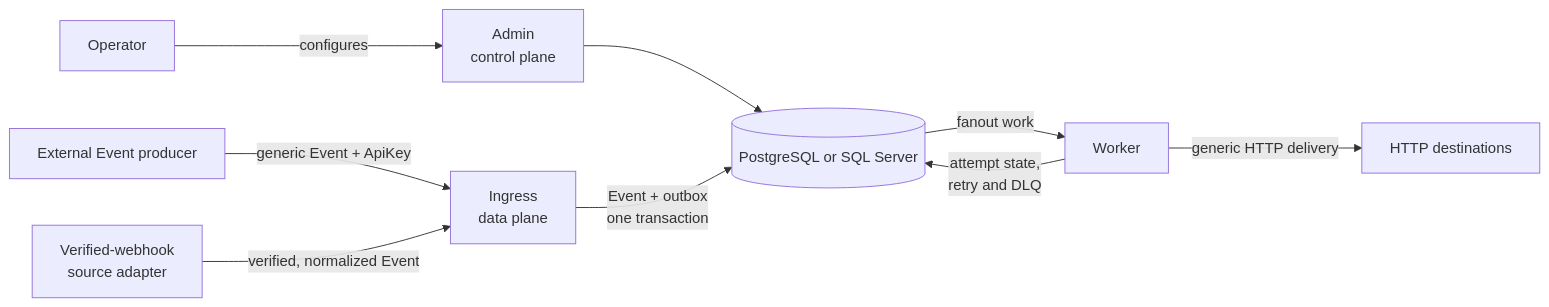
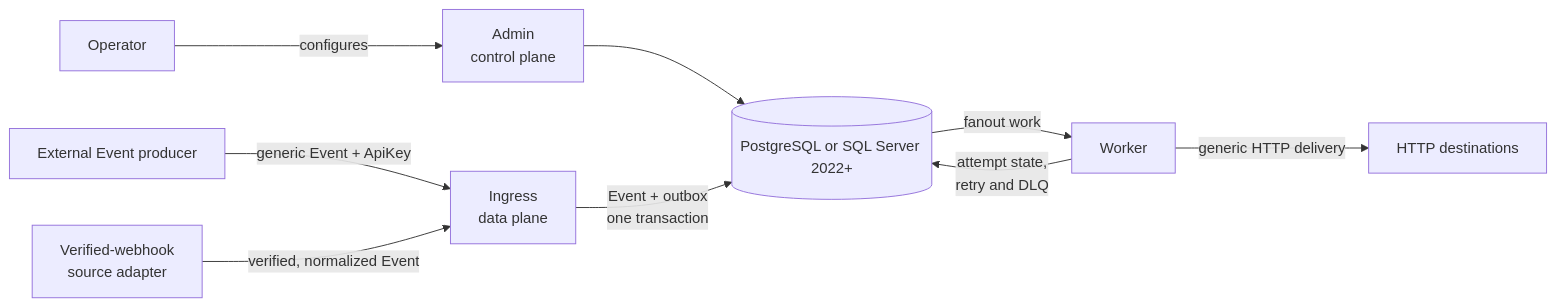
The diagram in docs/architecture.md (arminzou/integrios), drawn with Mermaid before and after one commit. The commit also changed other lines of this file and 6 other files, not shown here.

````diff
--- a/docs/architecture.md
+++ b/docs/architecture.md
@@ -16,11 +16,11 @@
 ```mermaid
 flowchart LR
     Operator[Operator] -->|configures| Admin[Admin<br/>control plane]
     Producer[External Event producer] -->|generic Event + ApiKey| Ingress[Ingress<br/>data plane]
     Adapter[Verified-webhook<br/>source adapter] -->|verified, normalized Event| Ingress
-    Admin --> DB[(PostgreSQL or SQL Server)]
+    Admin --> DB[(PostgreSQL or SQL Server 2022+)]
     Ingress -->|Event + outbox<br/>one transaction| DB
     DB -->|fanout work| Worker[Worker]
     Worker -->|generic HTTP delivery| Destinations[HTTP destinations]
     Worker -->|attempt state,<br/>retry and DLQ| DB
 ```
````
